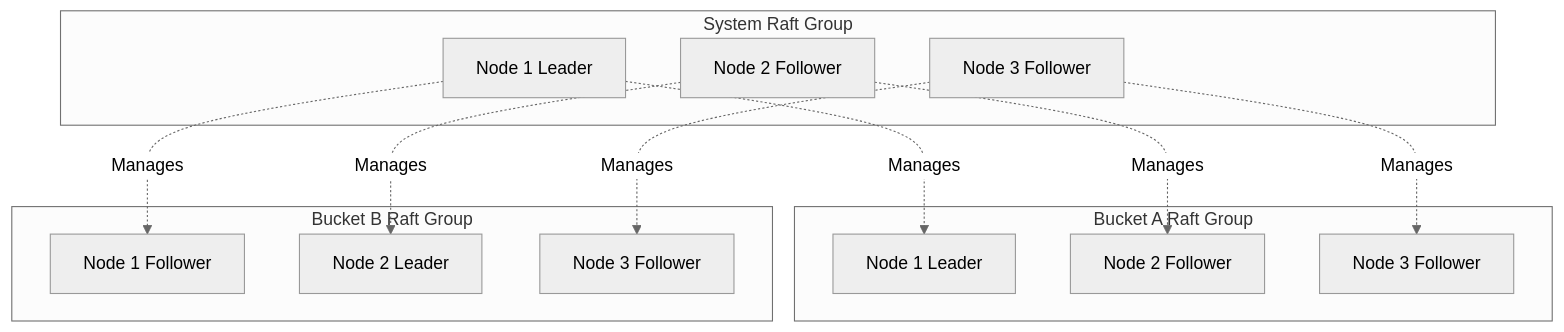
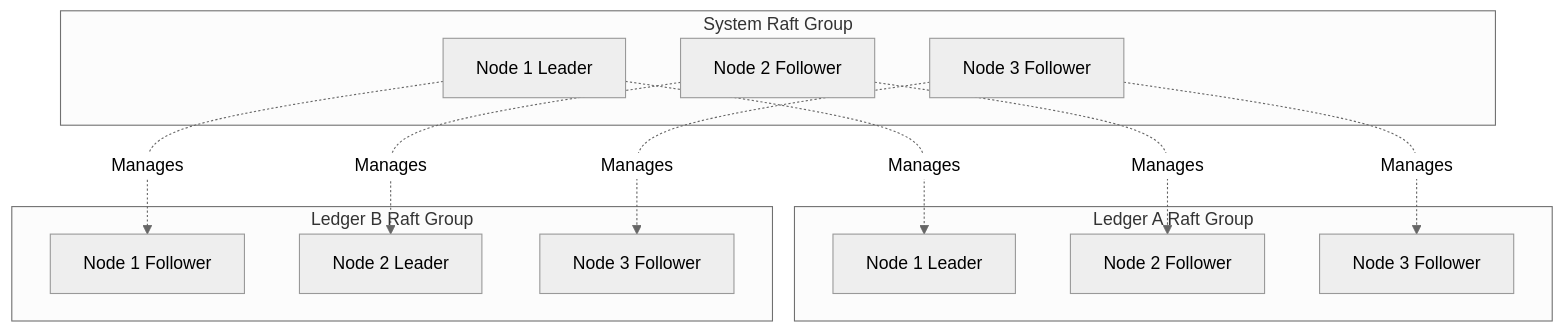
Before and after one commit to formancehq/ledger: the third of 6 diagrams in docs/architecture.md, drawn with Mermaid (neutral theme). The commit also changed other lines of this file and 123 other files, not shown here.

````diff
--- a/docs/architecture.md
+++ b/docs/architecture.md
@@ -130,27 +130,27 @@
 ```mermaid
 graph TB
     subgraph "System Raft Group"
         S1[Node 1 Leader]
         S2[Node 2 Follower]
         S3[Node 3 Follower]
     end
     
-    subgraph "Bucket A Raft Group"
-        BA1[Node 1 Leader]
-        BA2[Node 2 Follower]
-        BA3[Node 3 Follower]
+    subgraph "Ledger A Raft Group"
+        LA1[Node 1 Leader]
+        LA2[Node 2 Follower]
+        LA3[Node 3 Follower]
     end
     
-    subgraph "Bucket B Raft Group"
-        BB1[Node 1 Follower]
-        BB2[Node 2 Leader]
-        BB3[Node 3 Follower]
+    subgraph "Ledger B Raft Group"
+        LB1[Node 1 Follower]
+        LB2[Node 2 Leader]
+        LB3[Node 3 Follower]
     end
     
-    S1 -.Manages.-> BA1
-    S1 -.Manages.-> BB1
-    S2 -.Manages.-> BA2
-    S2 -.Manages.-> BB2
-    S3 -.Manages.-> BA3
-    S3 -.Manages.-> BB3
+    S1 -.Manages.-> LA1
+    S1 -.Manages.-> LB1
+    S2 -.Manages.-> LA2
+    S2 -.Manages.-> LB2
+    S3 -.Manages.-> LA3
+    S3 -.Manages.-> LB3
 ```
````
